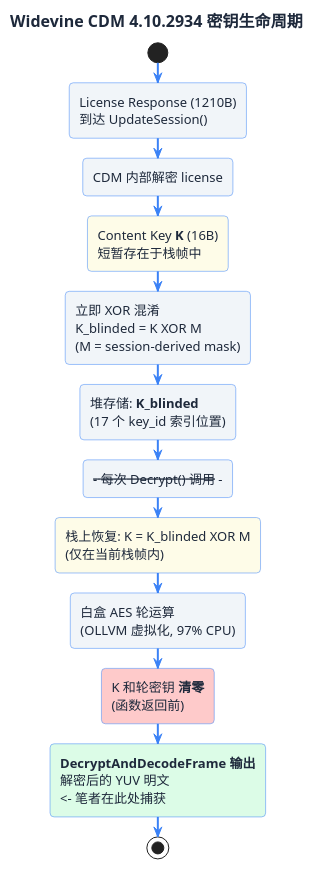
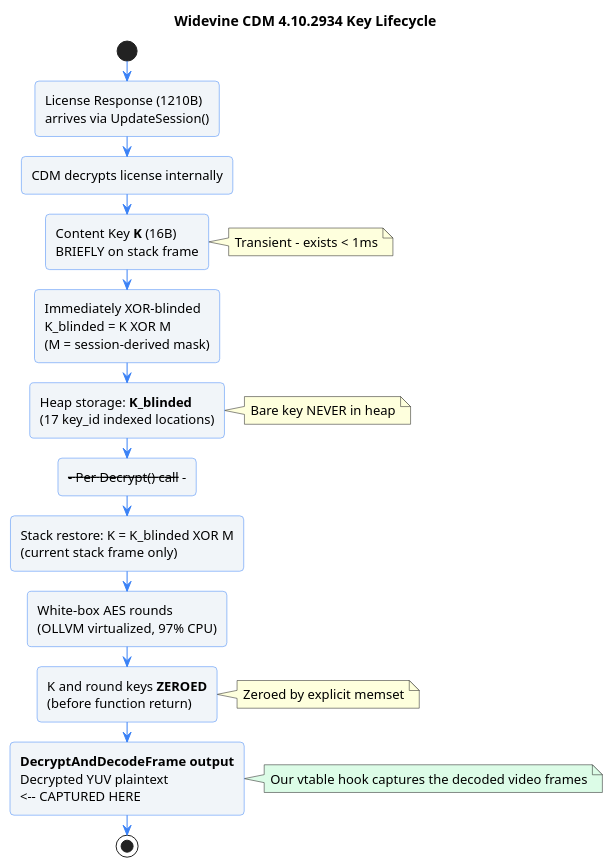
One commit to overkazaf/blogs changed the diagram in static/images/cdm-dump/key_blinding.puml. Above: the diagram before and after it, drawn with PlantUML. The commit also changed 5 other files, not shown here.

First line of the commit message:
Major enrichment: fix diagrams, add automated workflow, verification, references, future directions

```diff
--- a/static/images/cdm-dump/key_blinding.puml
+++ b/static/images/cdm-dump/key_blinding.puml
@@ -1,39 +1,50 @@
 @startuml
 skinparam backgroundColor #FFFFFF
-skinparam defaultFontName "Segoe UI,Helvetica,Arial,sans-serif"
 skinparam defaultFontSize 13
-skinparam defaultFontColor #1e293b
 skinparam shadowing false
 skinparam roundCorner 8
-skinparam arrowColor #3b82f6
-skinparam arrowThickness 2
 skinparam activityBackgroundColor #f1f5f9
 skinparam activityBorderColor #3b82f6
+skinparam arrowColor #3b82f6
 
-title <font size=16><b>Widevine CDM 4.10.2934 密钥生命周期</b></font>
+title Widevine CDM 4.10.2934 Key Lifecycle
 
 start
 
-:License Response (1210B)\n到达 UpdateSession();
+:License Response (1210B)
+arrives via UpdateSession();
 
-:CDM 内部解密 license;
+:CDM decrypts license internally;
 
-#fefce8:Content Key **K** (16B)\n短暂存在于栈帧中;
+:Content Key **K** (16B)
+BRIEFLY on stack frame;
+note right: Transient - exists < 1ms
 
-:立即 XOR 混淆\nK_blinded = K XOR M\n(M = session-derived mask);
+:Immediately XOR-blinded
+K_blinded = K XOR M
+(M = session-derived mask);
 
-#f1f5f9:堆存储: **K_blinded**\n(17 个 key_id 索引位置);
+:Heap storage: **K_blinded**
+(17 key_id indexed locations);
+note right: Bare key NEVER in heap
 
-:--- 每次 Decrypt() 调用 ---;
+:--- Per Decrypt() call ---;
 
-#fefce8:栈上恢复: K = K_blinded XOR M\n(仅在当前栈帧内);
+:Stack restore: K = K_blinded XOR M
+(current stack frame only);
 
-:白盒 AES 轮运算\n(OLLVM 虚拟化, 97% CPU);
+:White-box AES rounds
+(OLLVM virtualized, 97% CPU);
 
-#fecaca:K 和轮密钥 **清零**\n(函数返回前);
+:K and round keys **ZEROED**
+(before function return);
+note right: Zeroed by explicit memset
 
-#dcfce7:**DecryptAndDecodeFrame 输出**\n解密后的 YUV 明文\n<- 笔者在此处捕获;
+:**DecryptAndDecodeFrame output**
+Decrypted YUV plaintext
+<-- CAPTURED HERE;
+note right #dcfce7: Our vtable hook captures the decoded video frames
 
 stop
 
 @enduml
```
